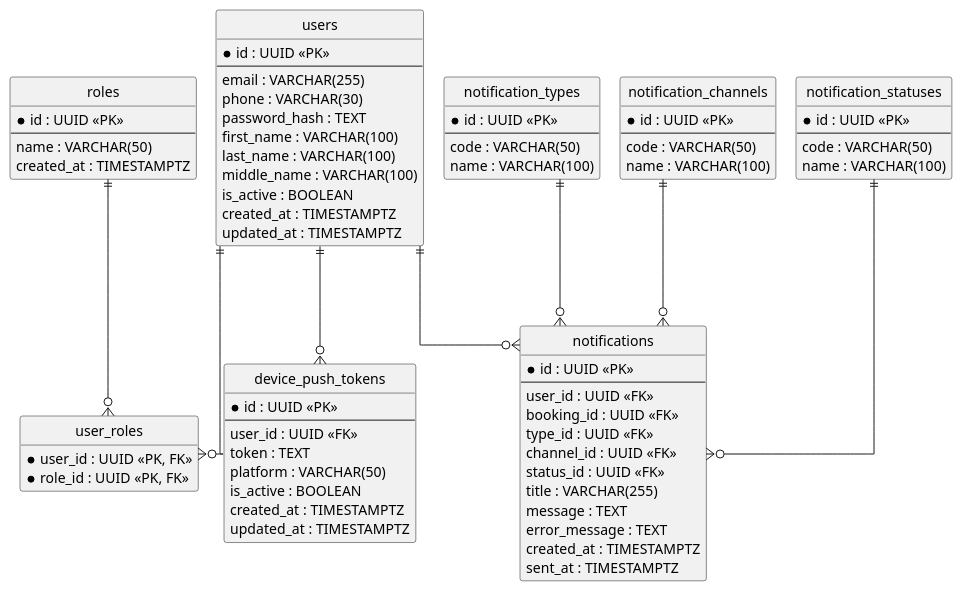
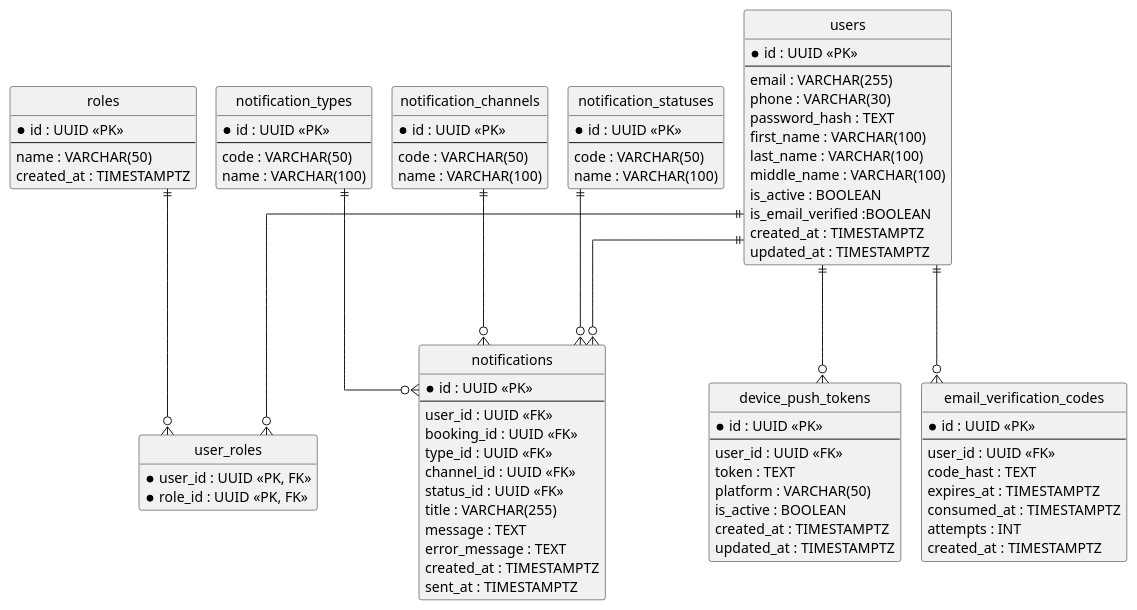
One commit to dxsireq/Civio changed the second of 6 diagrams in docs/.claude/docs/er_diagrams.puml. Above: the diagram before and after it, drawn with PlantUML. The commit also changed other lines of this file, not shown here.

```diff
--- a/docs/.claude/docs/er_diagrams.puml
+++ b/docs/.claude/docs/er_diagrams.puml
@@ -85,95 +85,108 @@
 @startuml fig4_users_notifications
 skinparam linetype ortho
 skinparam ranksep 80
 skinparam nodesep 20
 skinparam entity {
   BackgroundColor #EEF4FF
   BorderColor #5B8DEF
   FontName Arial
 }
 hide circle
 hide methods
 
 
 entity "users" as users {
   * id : UUID <<PK>>
   --
   email : VARCHAR(255)
   phone : VARCHAR(30)
   password_hash : TEXT
   first_name : VARCHAR(100)
   last_name : VARCHAR(100)
   middle_name : VARCHAR(100)
   is_active : BOOLEAN
+  is_email_verified :BOOLEAN
   created_at : TIMESTAMPTZ
   updated_at : TIMESTAMPTZ
 }
 
 entity "roles" as roles {
   * id : UUID <<PK>>
   --
   name : VARCHAR(50)
   created_at : TIMESTAMPTZ
 }
 
 entity "user_roles" as user_roles {
   * user_id : UUID <<PK, FK>>
   * role_id : UUID <<PK, FK>>
 }
 
 entity "notifications" as notif {
   * id : UUID <<PK>>
   --
   user_id : UUID <<FK>>
   booking_id : UUID <<FK>>
   type_id : UUID <<FK>>
   channel_id : UUID <<FK>>
   status_id : UUID <<FK>>
   title : VARCHAR(255)
   message : TEXT
   error_message : TEXT
   created_at : TIMESTAMPTZ
   sent_at : TIMESTAMPTZ
 }
 
 entity "notification_types" as ntypes {
   * id : UUID <<PK>>
   --
   code : VARCHAR(50)
   name : VARCHAR(100)
 }
 
 entity "notification_channels" as nchannels {
   * id : UUID <<PK>>
   --
   code : VARCHAR(50)
   name : VARCHAR(100)
 }
 
 entity "notification_statuses" as nstatuses {
   * id : UUID <<PK>>
   --
   code : VARCHAR(50)
   name : VARCHAR(100)
 }
 
 entity "device_push_tokens" as tokens {
   * id : UUID <<PK>>
   --
   user_id : UUID <<FK>>
   token : TEXT
   platform : VARCHAR(50)
   is_active : BOOLEAN
   created_at : TIMESTAMPTZ
   updated_at : TIMESTAMPTZ
 }
 
+entity email_verification_codes {
+* id : UUID <<PK>>
+--
+user_id : UUID <<FK>>
+code_hast : TEXT
+expires_at : TIMESTAMPTZ
+consumed_at : TIMESTAMPTZ
+attempts : INT
+created_at : TIMESTAMPTZ
+}
+
 users ||--o{ user_roles
 roles ||--o{ user_roles
 users ||--o{ notif
 users ||--o{ tokens
+users ||--o{ email_verification_codes
 ntypes ||--o{ notif
 nchannels ||--o{ notif
 nstatuses ||--o{ notif
 
 @enduml
```
